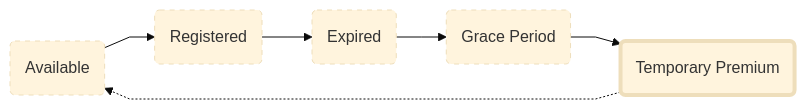
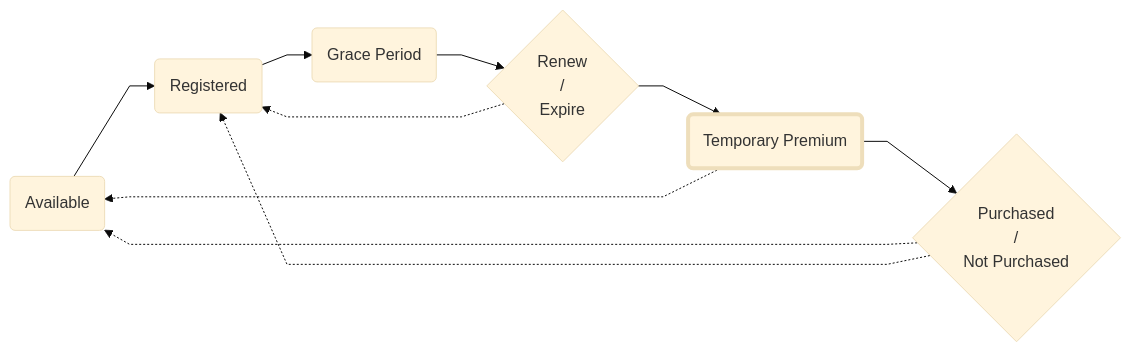
The diagram in docs/04-core/02-registration/05-temporary-premium.mdx (ensdomains/ens-support-docs), drawn with Mermaid (base theme) before and after one commit. The commit also changed other lines of this file and 5 other files, not shown here.

````diff
--- a/docs/04-core/02-registration/05-temporary-premium.mdx
+++ b/docs/04-core/02-registration/05-temporary-premium.mdx
@@ -15,23 +15,27 @@
 ```mermaid
 %%{
   init: {
     'flowchart': {
       'curve': 'linear'
       } } }%%
       
 graph LR;
 A(Available);
 B(Registered);
-C(Expired);
-D(Grace Period);
-E(Temporary Premium);
+C(Grace Period);
+D(Temporary Premium);
+E{Renew<br/>/<br/>Expire};
+F{Purchased<br/>/<br/>Not Purchased};
 
 classDef active stroke-width:4px;
 classDef inactive stroke-dasharray: 5 5;
 
-class A,B,C,D inactive;
-class E active;
+class D active;
 
-A-->B-->C-->D-->E;
-E -.-> A;
+A-->B-->C-->E-->D;
+E-.->B;
+D-.->A;
+D-->F;
+F-.->A;
+F-.->B;
 ```
````
